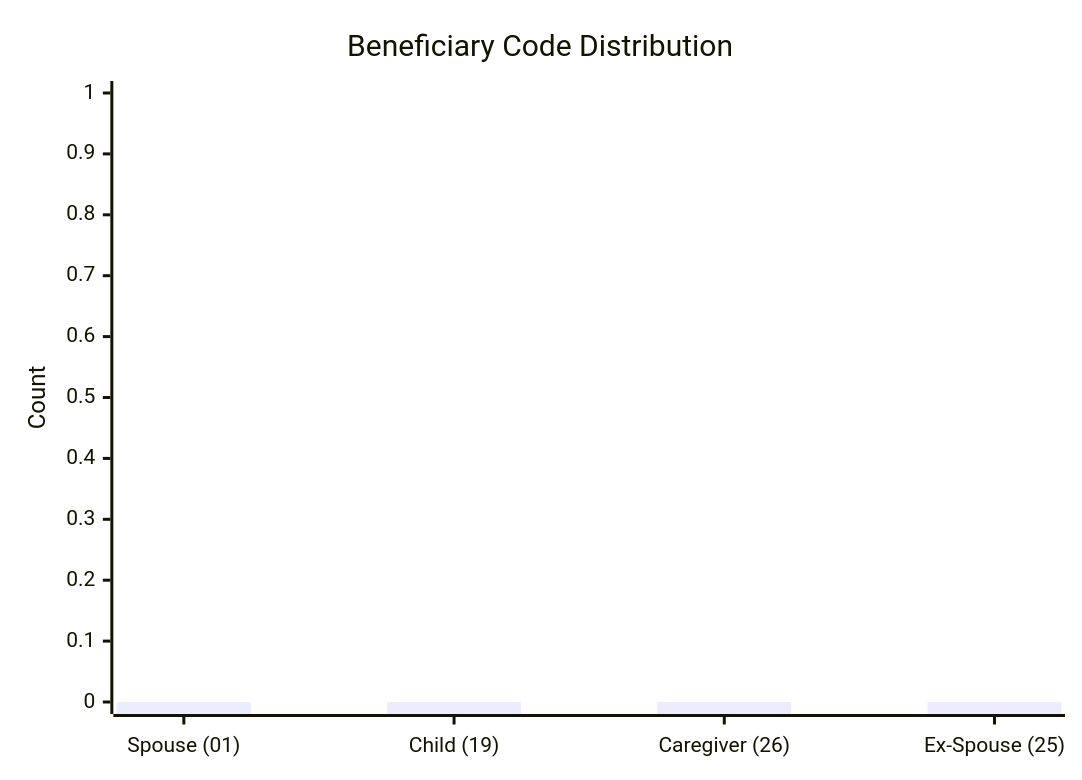
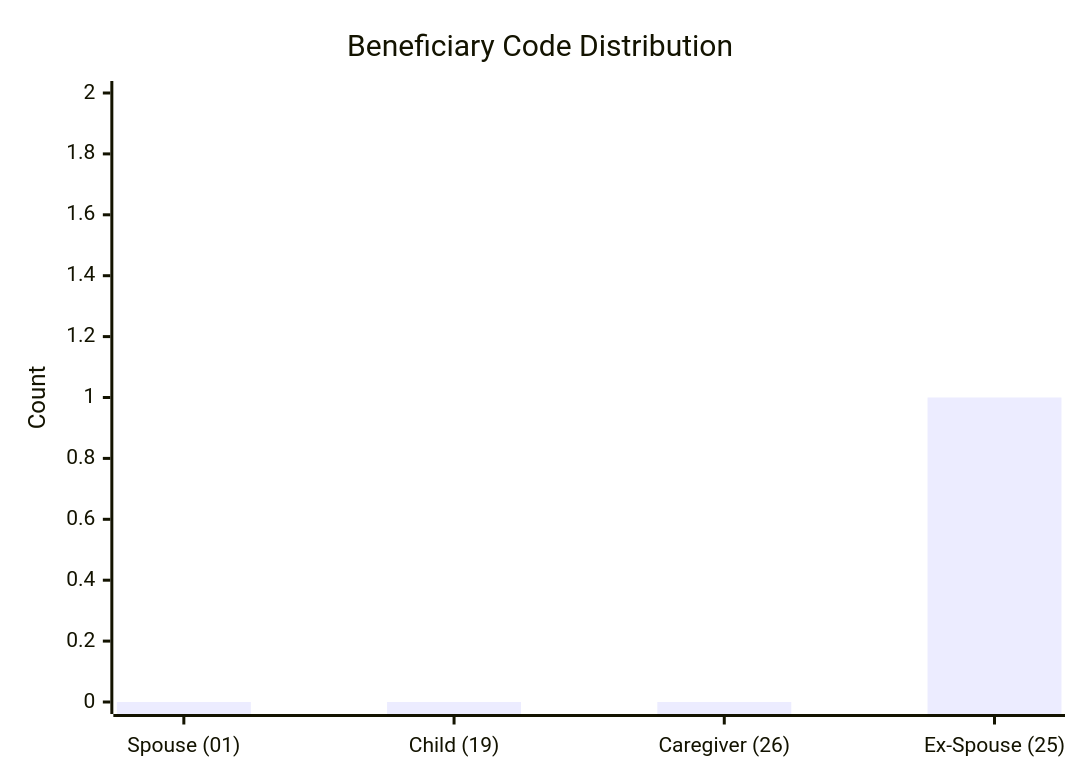
The seventh of 10 diagrams in test-tools/DataGen/src/Statistics_Visualizer.md (dhagan-va/intern-2025), drawn with Mermaid before and after one commit. The commit also changed other lines of this file and 4 other files, not shown here.

````diff
--- a/test-tools/DataGen/src/Statistics_Visualizer.md
+++ b/test-tools/DataGen/src/Statistics_Visualizer.md
@@ -77,7 +77,7 @@
 ```mermaid
 xychart-beta
     title "Beneficiary Code Distribution"
     x-axis ["Spouse (01)", "Child (19)", "Caregiver (26)", "Ex-Spouse (25)"]
-    y-axis "Count" 0 --> 1
-    bar [0, 0, 0, 0]
+    y-axis "Count" 0 --> 2
+    bar [0, 0, 0, 1]
 ```
````
